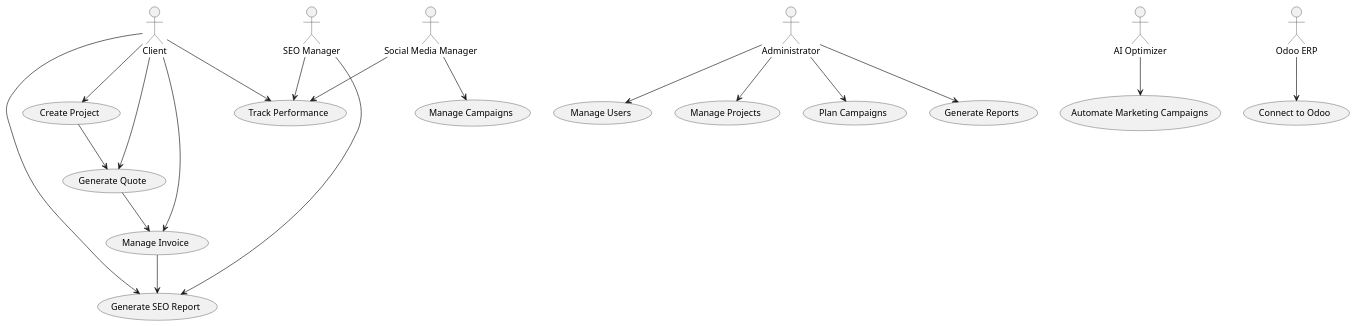
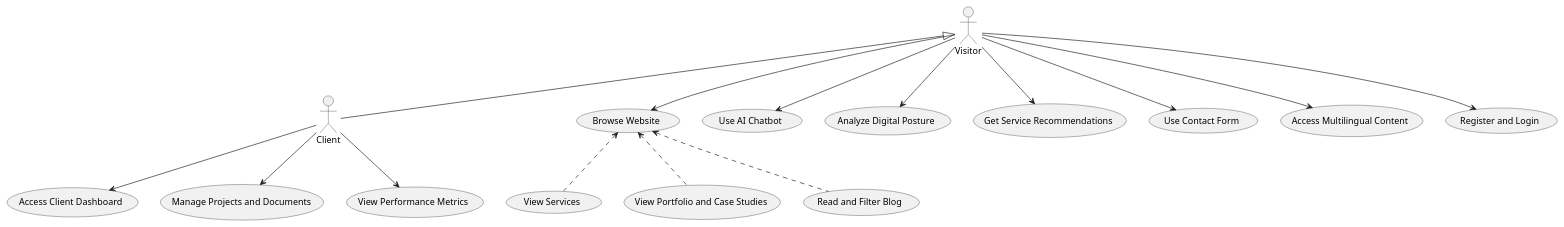
Before and after one commit to HELA-GARNAOUI/Boite-Com: the diagram in docs/diagrammes/use-case.puml, drawn with PlantUML. The commit also changed 3 other files, not shown here.

First line of the commit message:
Refactor use-case diagram and update configuration

```diff
--- a/docs/diagrammes/use-case.puml
+++ b/docs/diagrammes/use-case.puml
@@ -1,34 +1,30 @@
 @startuml
+actor "Visitor" as visitor
 actor "Client" as client
-actor "Administrator" as admin
-actor "SEO Manager" as seo_manager
-actor "Social Media Manager" as social_media_manager
-actor "AI Optimizer" as ai_optimizer
-actor "Odoo ERP" as odoo_erp
 
-client --> (Create Project)
-client --> (Generate Quote)
-client --> (Manage Invoice)
-client --> (Generate SEO Report)
-client --> (Track Performance)
+visitor <|-- client
 
-admin --> (Manage Users)
-admin --> (Manage Projects)
-admin --> (Plan Campaigns)
-admin --> (Generate Reports)
+' Website Navigation & Content Access
+visitor --> (Browse Website)
+(Browse Website) <.. (View Services)
+(Browse Website) <.. (View Portfolio and Case Studies)
+(Browse Website) <.. (Read and Filter Blog)
 
-seo_manager --> (Generate SEO Report)
-seo_manager --> (Track Performance)
+' Interactive Features & Analysis
+visitor --> (Use AI Chatbot)
+visitor --> (Analyze Digital Posture)
+visitor --> (Get Service Recommendations)
 
-social_media_manager --> (Manage Campaigns)
-social_media_manager --> (Track Performance)
 
-ai_optimizer --> (Automate Marketing Campaigns)
+' Contact & Communication
+visitor --> (Use Contact Form)
+visitor --> (Access Multilingual Content)
 
-odoo_erp --> (Connect to Odoo)
+' Client Portal Access
+visitor --> (Register and Login)
 
-(Create Project) --> (Generate Quote)
-(Generate Quote) --> (Manage Invoice)
-(Manage Invoice) --> (Generate SEO Report)
+client --> (Access Client Dashboard)
+client --> (Manage Projects and Documents)
+client --> (View Performance Metrics)
 
 @enduml
```
